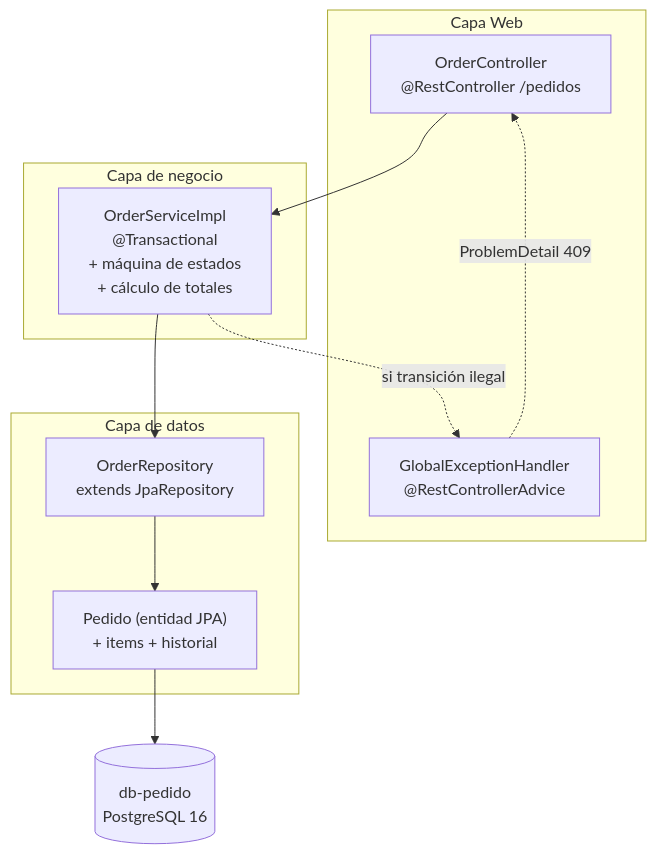
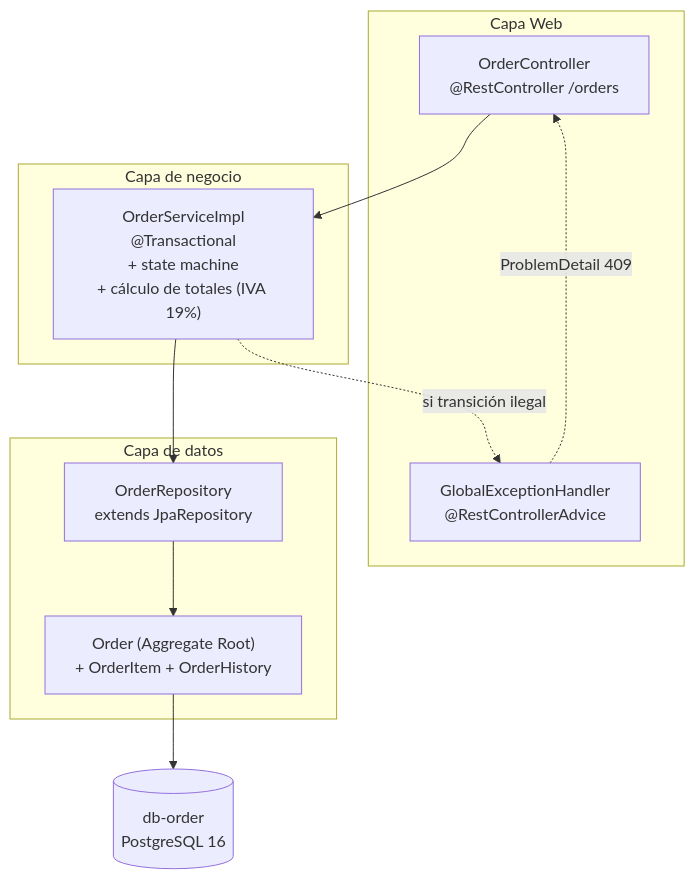
One commit to smartLogixfs/smartlogixs changed the third of 3 diagrams in backend/ms-order/README.md. Above: the diagram before and after it, drawn with Mermaid. The commit also changed other lines of this file and 8 other files, not shown here.

````diff
--- a/backend/ms-order/README.md
+++ b/backend/ms-order/README.md
@@ -103,25 +123,25 @@
 ```mermaid
 flowchart TB
     subgraph Web["Capa Web"]
-        Ctrl["OrderController<br/>@RestController /pedidos"]
+        Ctrl["OrderController<br/>@RestController /orders"]
         Adv["GlobalExceptionHandler<br/>@RestControllerAdvice"]
     end
 
     subgraph Bus["Capa de negocio"]
-        Svc["OrderServiceImpl<br/>@Transactional<br/>+ máquina de estados<br/>+ cálculo de totales"]
+        Svc["OrderServiceImpl<br/>@Transactional<br/>+ state machine<br/>+ cálculo de totales (IVA 19%)"]
     end
 
     subgraph Data["Capa de datos"]
         Repo["OrderRepository<br/>extends JpaRepository"]
-        Ent["Pedido (entidad JPA)<br/>+ items + historial"]
+        Ent["Order (Aggregate Root)<br/>+ OrderItem + OrderHistory"]
     end
 
-    DB[(db-pedido<br/>PostgreSQL 16)]
+    DB[(db-order<br/>PostgreSQL 16)]
 
     Ctrl --> Svc
     Svc --> Repo
     Repo --> Ent
     Ent --> DB
     Svc -.->|si transición ilegal| Adv
     Adv -.->|ProblemDetail 409| Ctrl
 ```
````
